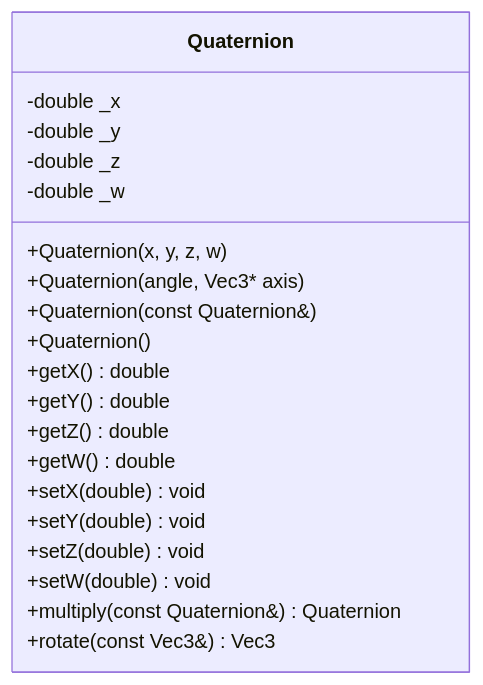
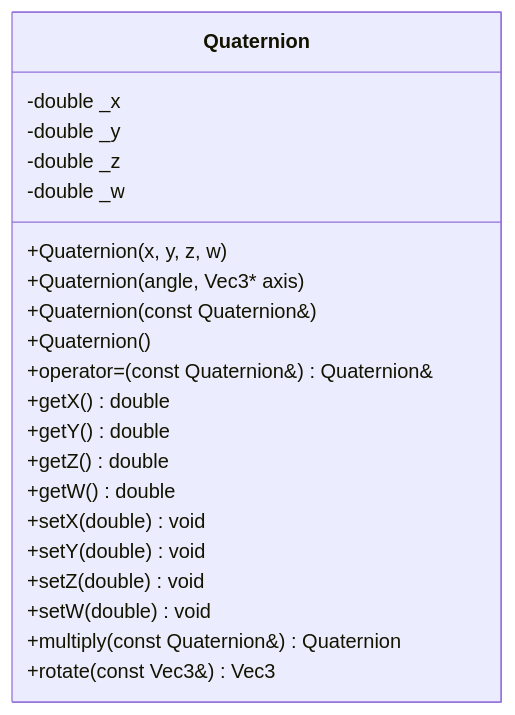
One commit to EtienneDumai/avionics changed the tenth of 10 diagrams in docs/classDiagram.md. Above: the diagram before and after it, drawn with Mermaid. The commit also changed other lines of this file and 4 other files, not shown here.

````diff
--- a/docs/classDiagram.md
+++ b/docs/classDiagram.md
@@ -204,23 +207,24 @@
 ```mermaid
 classDiagram
     class Quaternion {
         -double _x
         -double _y
         -double _z
         -double _w
         +Quaternion(x, y, z, w)
         +Quaternion(angle, Vec3* axis)
         +Quaternion(const Quaternion&)
         +Quaternion()
+        +operator=(const Quaternion&) Quaternion&
         +getX() double
         +getY() double
         +getZ() double
         +getW() double
         +setX(double) void
         +setY(double) void
         +setZ(double) void
         +setW(double) void
         +multiply(const Quaternion&) Quaternion
         +rotate(const Vec3&) Vec3
     }
 ```
````
